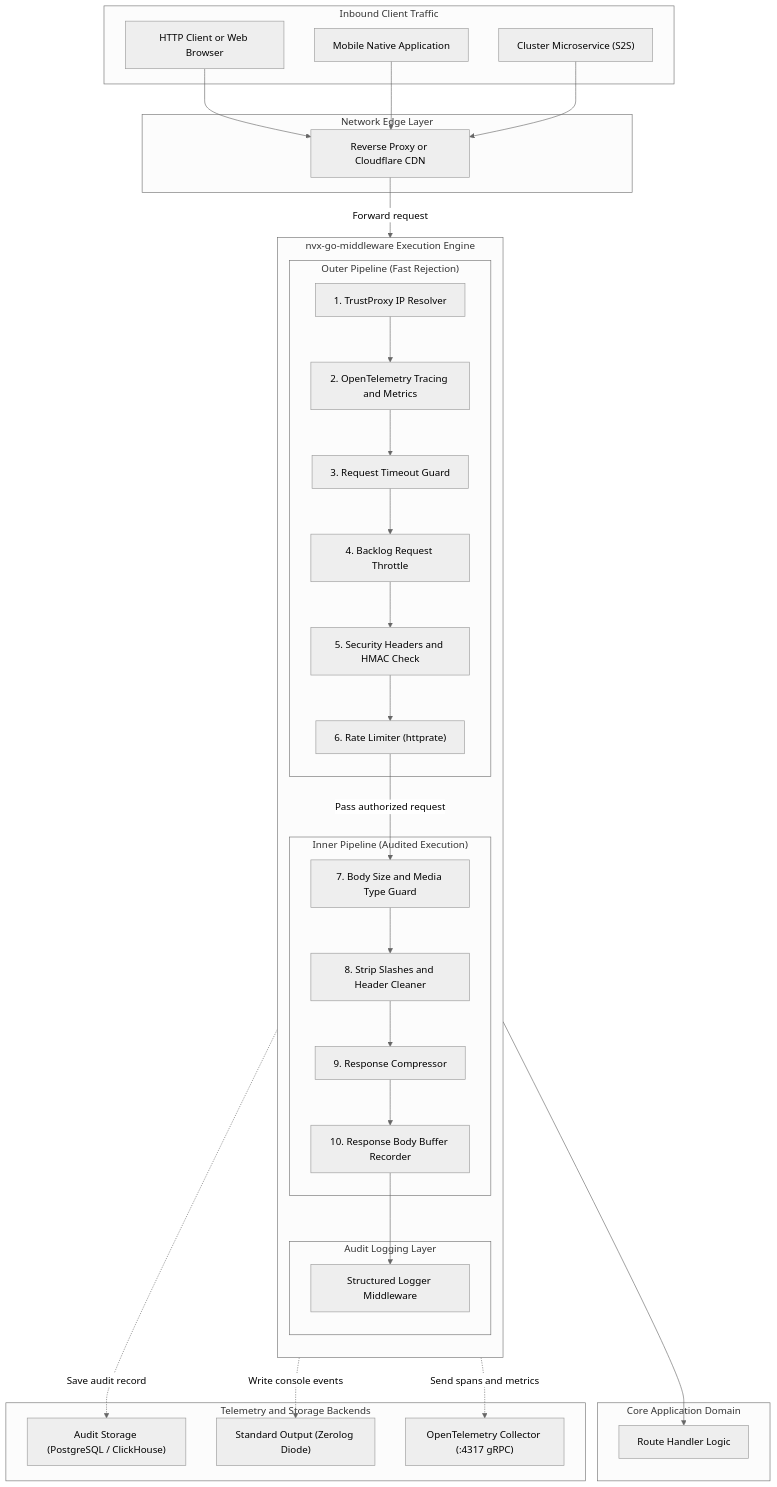
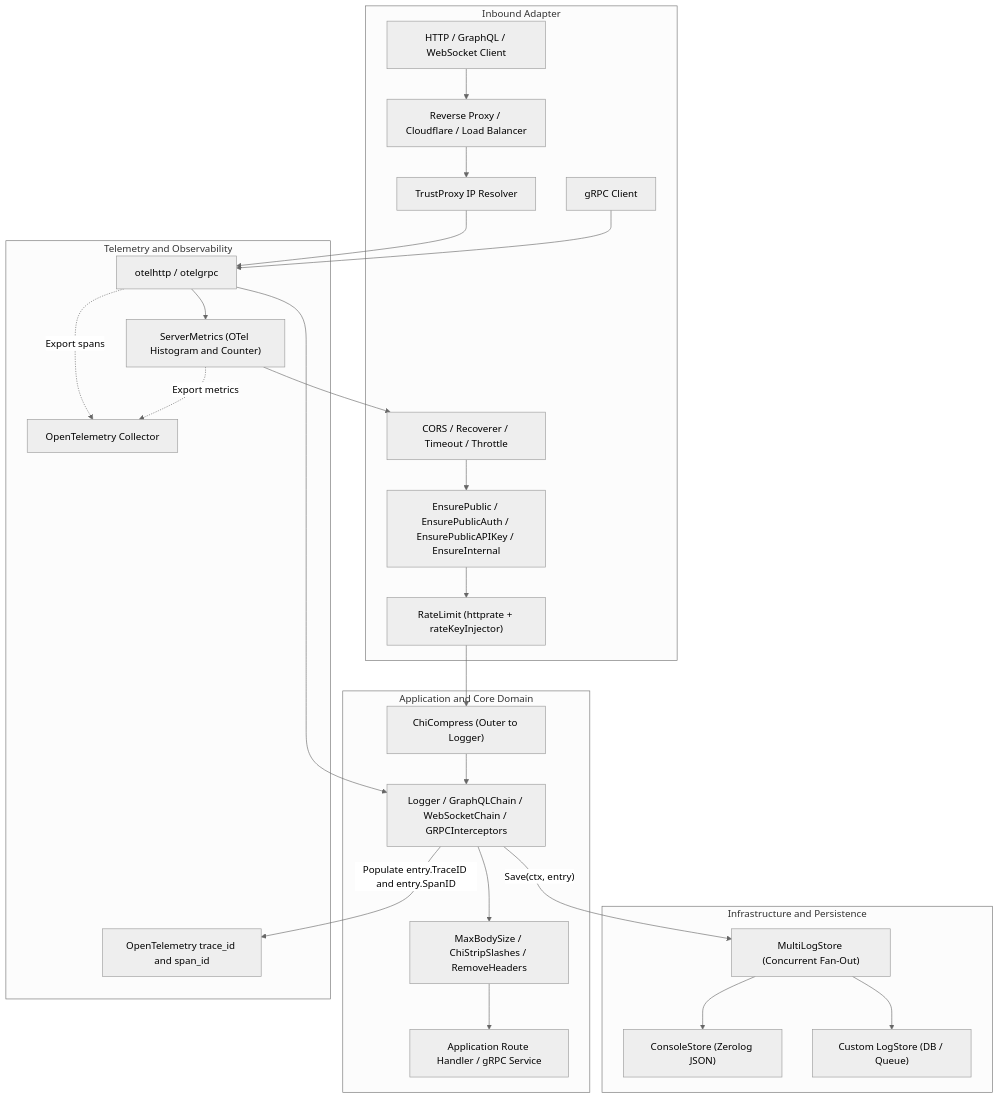
The first of 4 diagrams in README.md (Jkenyut/nvx-go-middleware), drawn with Mermaid (neutral theme) before and after one commit. The commit also changed other lines of this file, not shown here.

Commit message:
docs: update README with revised architecture, diagrams, and workflow details

````diff
--- a/README.md
+++ b/README.md
@@ -21,67 +16,54 @@
 ```mermaid
 flowchart TD
-    subgraph INBOUND["Inbound Client Traffic"]
-        Client["HTTP Client or Web Browser"]
-        Mobile["Mobile Native Application"]
-        S2S["Cluster Microservice (S2S)"]
+    subgraph INBOUND["Inbound Adapter"]
+        Client["HTTP / GraphQL / WebSocket Client"]
+        GRPCClient["gRPC Client"]
+        EdgeProxy["Reverse Proxy / Cloudflare / Load Balancer"]
+        TrustProxy["TrustProxy IP Resolver"]
+        OuterGuard["CORS / Recoverer / Timeout / Throttle"]
+        AuthGuard["EnsurePublic / EnsurePublicAuth / EnsurePublicAPIKey / EnsureInternal"]
+        RateLimit["RateLimit (httprate + rateKeyInjector)"]
     end
 
-    subgraph EDGE["Network Edge Layer"]
-        Proxy["Reverse Proxy or Cloudflare CDN"]
+    subgraph APPLICATION["Application and Core Domain"]
+        InnerGuards["MaxBodySize / ChiStripSlashes / RemoveHeaders"]
+        Compress["ChiCompress (Outer to Logger)"]
+        AuditLogger["Logger / GraphQLChain / WebSocketChain / GRPCInterceptors"]
+        AppHandler["Application Route Handler / gRPC Service"]
     end
 
-    subgraph PIPELINE["nvx-go-middleware Execution Engine"]
-        direction TB
-        subgraph OUTER["Outer Pipeline (Fast Rejection)"]
-            TrustProxy["1. TrustProxy IP Resolver"]
-            OTel["2. OpenTelemetry Tracing and Metrics"]
-            Timeout["3. Request Timeout Guard"]
-            Throttle["4. Backlog Request Throttle"]
-            AuthGuard["5. Security Headers and HMAC Check"]
-            RateLimit["6. Rate Limiter (httprate)"]
-        end
-
-        subgraph INNER["Inner Pipeline (Audited Execution)"]
-            BodyLimit["7. Body Size and Media Type Guard"]
-            Sanitize["8. Strip Slashes and Header Cleaner"]
-            Compress["9. Response Compressor"]
-            LogRecorder["10. Response Body Buffer Recorder"]
-        end
-
-        subgraph LOGGING["Audit Logging Layer"]
-            Logger["Structured Logger Middleware"]
-        end
+    subgraph INFRASTRUCTURE["Infrastructure and Persistence"]
+        ConsoleStore["ConsoleStore (Zerolog JSON)"]
+        MultiStore["MultiLogStore (Concurrent Fan-Out)"]
+        CustomStore["Custom LogStore (DB / Queue)"]
     end
 
-    subgraph APPLICATION["Core Application Domain"]
-        Handler["Route Handler Logic"]
+    subgraph TELEMETRY["Telemetry and Observability"]
+        OTelHTTP["otelhttp / otelgrpc"]
+        ServerMetrics["ServerMetrics (OTel Histogram and Counter)"]
+        TraceCtx["OpenTelemetry trace_id and span_id"]
+        OTelCollector["OpenTelemetry Collector"]
     end
 
-    subgraph SINKS["Telemetry and Storage Backends"]
-        LogStore["Audit Storage (PostgreSQL / ClickHouse)"]
-        ConsoleOut["Standard Output (Zerolog Diode)"]
-        OTelCollector["OpenTelemetry Collector (:4317 gRPC)"]
-    end
+    Client --> EdgeProxy
+    EdgeProxy --> TrustProxy
+    TrustProxy --> OTelHTTP
+    OTelHTTP --> ServerMetrics
+    ServerMetrics --> OuterGuard
+    OuterGuard --> AuthGuard
+    AuthGuard --> RateLimit
+    RateLimit --> Compress
+    Compress --> AuditLogger
+    AuditLogger --> InnerGuards
+    InnerGuards --> AppHandler
 
-    Client --> Proxy
-    Mobile --> Proxy
-    S2S --> Proxy
+    GRPCClient --> OTelHTTP
+    OTelHTTP --> AuditLogger
 
-    Proxy -->|"Forward request"| TrustProxy
-    TrustProxy --> OTel
-    OTel --> Timeout
-    Timeout --> Throttle
-    Throttle --> AuthGuard
-    AuthGuard --> RateLimit
-
-    RateLimit -->|"Pass authorized request"| BodyLimit
-    BodyLimit --> Sanitize
-    Sanitize --> Compress
-    Compress --> LogRecorder
-    LogRecorder --> Logger
-    Logger --> Handler
-
-    Logger -.->|"Save audit record"| LogStore
-    Logger -.->|"Write console events"| ConsoleOut
-    OTel -.->|"Send spans and metrics"| OTelCollector
+    AuditLogger -->|"Populate entry.TraceID and entry.SpanID"| TraceCtx
+    AuditLogger -->|"Save(ctx, entry)"| MultiStore
+    MultiStore --> ConsoleStore
+    MultiStore --> CustomStore
+    OTelHTTP -.->|"Export spans"| OTelCollector
+    ServerMetrics -.->|"Export metrics"| OTelCollector
 ```
````
